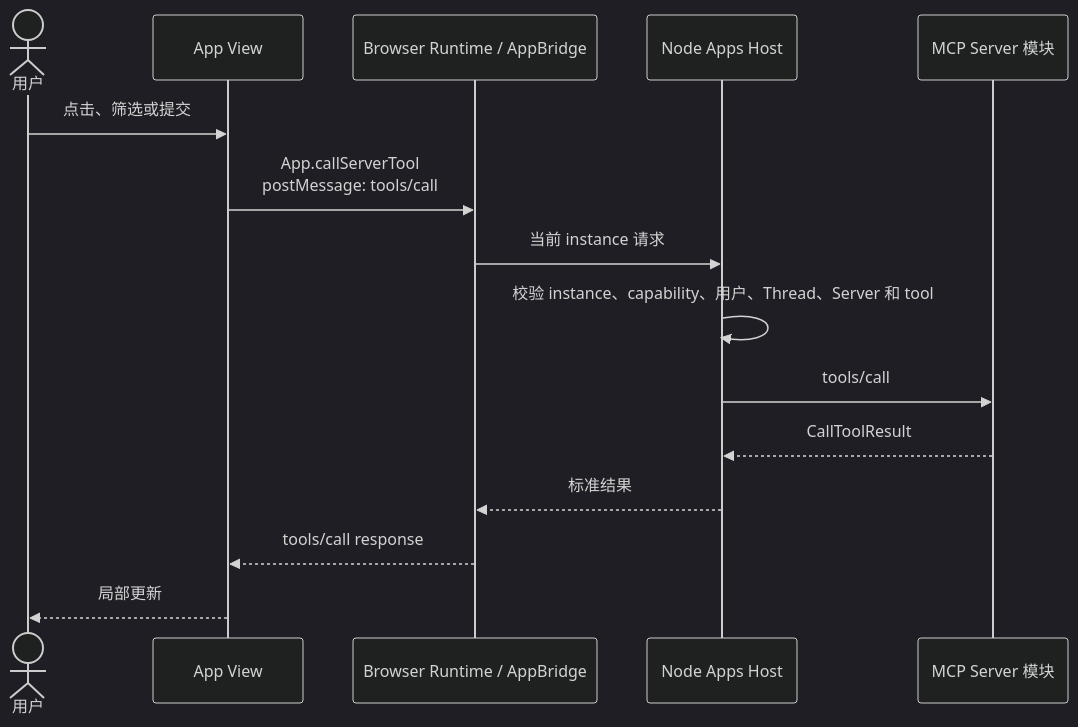
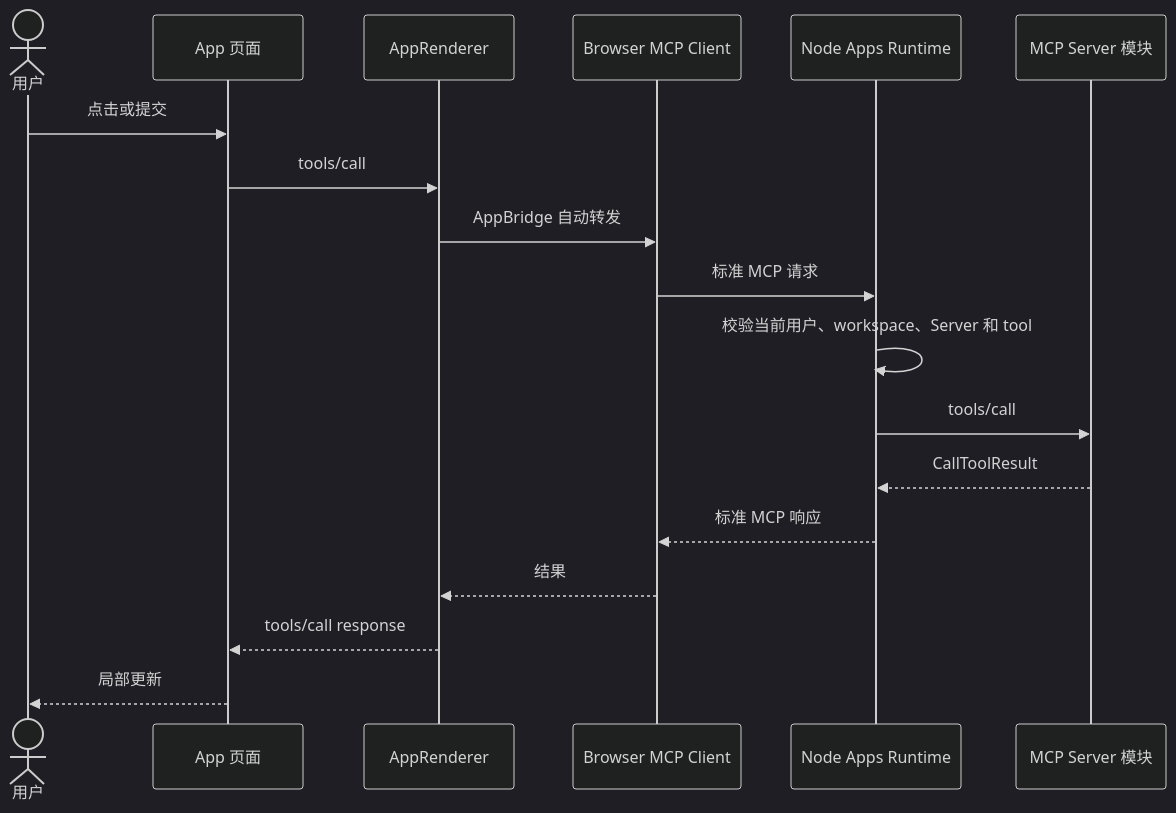
Before and after one commit to glide-the/im-dream: the third of 4 diagrams in docs/design/claude-agent/mcp-apps-iframe-interaction.md, drawn with Mermaid (dark theme). The commit also changed other lines of this file and 7 other files, not shown here.

Commit message:
docs: converge MCP Apps host design

````diff
--- a/docs/design/claude-agent/mcp-apps-iframe-interaction.md
+++ b/docs/design/claude-agent/mcp-apps-iframe-interaction.md
@@ -184,18 +134,21 @@
 ```mermaid
 sequenceDiagram
     actor U as 用户
-    participant V as App View
-    participant B as Browser Runtime / AppBridge
-    participant N as Node Apps Host
+    participant V as App 页面
+    participant R as AppRenderer
+    participant C as Browser MCP Client
+    participant N as Node Apps Runtime
     participant S as MCP Server 模块
 
-    U->>V: 点击、筛选或提交
-    V->>B: App.callServerTool<br/>postMessage: tools/call
-    B->>N: 当前 instance 请求
-    N->>N: 校验 instance、capability、用户、Thread、Server 和 tool
+    U->>V: 点击或提交
+    V->>R: tools/call
+    R->>C: AppBridge 自动转发
+    C->>N: 标准 MCP 请求
+    N->>N: 校验当前用户、workspace、Server 和 tool
     N->>S: tools/call
     S-->>N: CallToolResult
-    N-->>B: 标准结果
-    B-->>V: tools/call response
+    N-->>C: 标准 MCP 响应
+    C-->>R: 结果
+    R-->>V: tools/call response
     V-->>U: 局部更新
 ```
````
